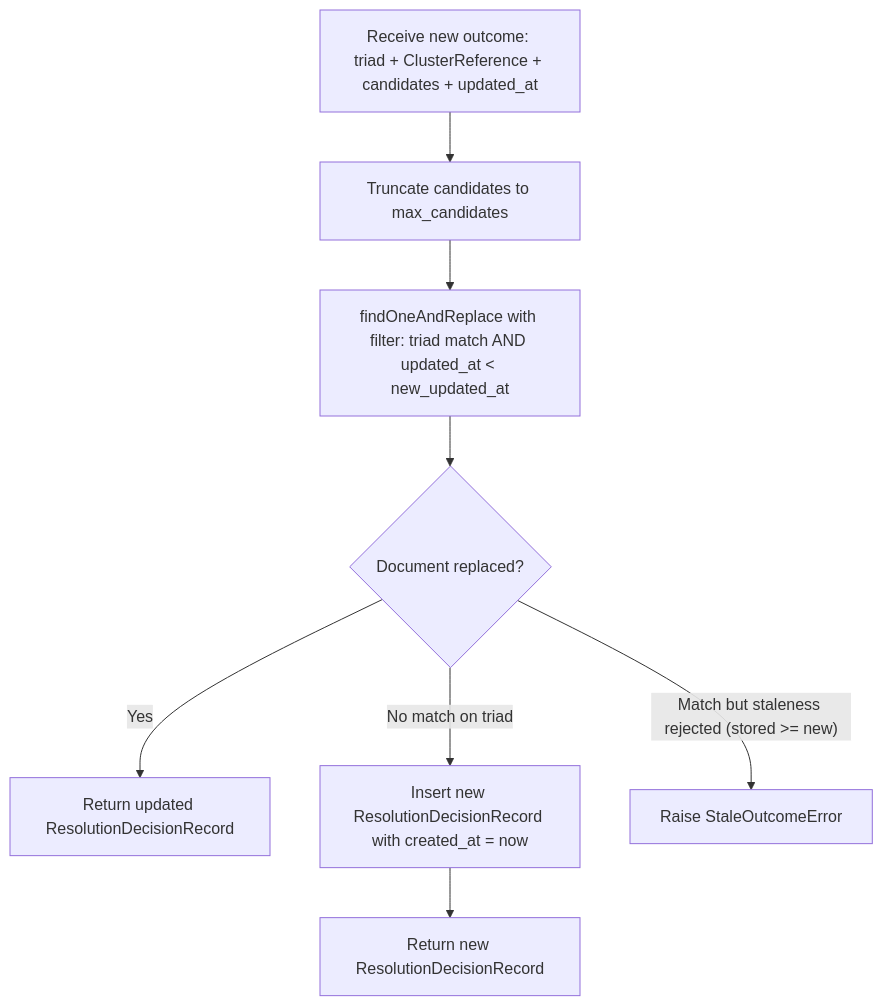
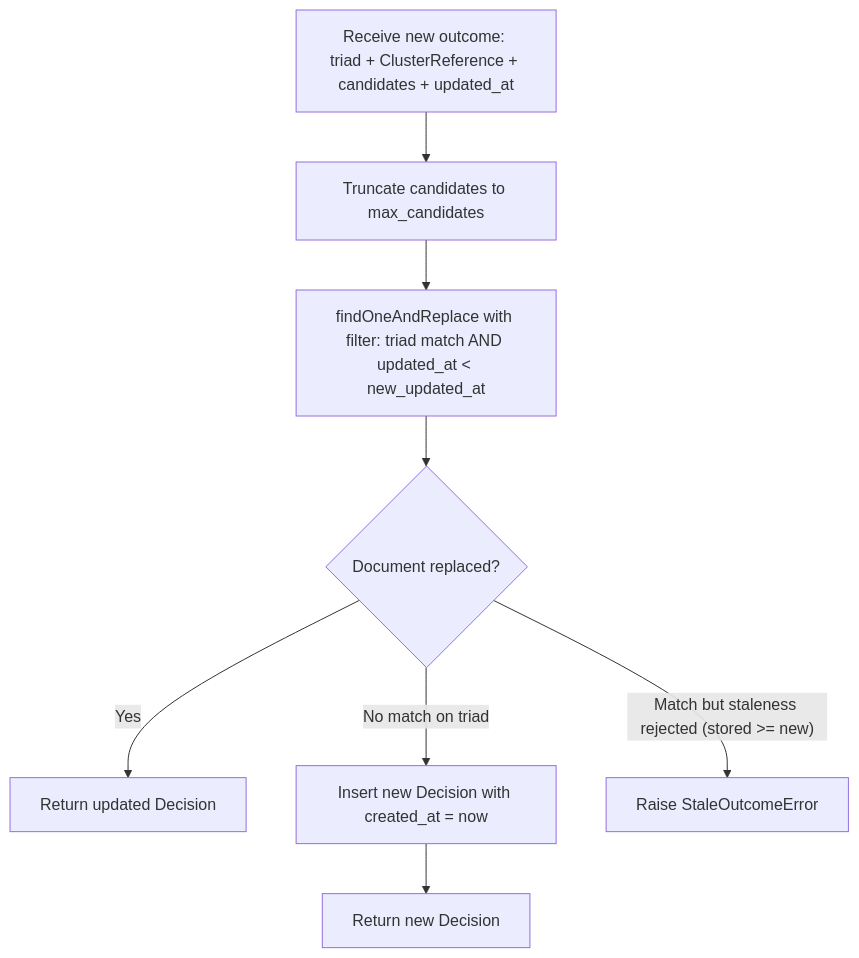
Before and after one commit to OP-TED/entity-resolution-service: the diagram in .claude/memory/epics/ers-epic-04-resolution-decision-store/EPIC.md, drawn with Mermaid. The commit also changed other lines of this file, not shown here.

First line of the commit message:
docs: update EPIC-04 spec with erspec.Decision pivot and commons cursor refactor

````diff
--- a/.claude/memory/epics/ers-epic-04-resolution-decision-store/EPIC.md
+++ b/.claude/memory/epics/ers-epic-04-resolution-decision-store/EPIC.md
@@ -144,10 +126,10 @@
 ```mermaid
 flowchart TD
     A[Receive new outcome: triad + ClusterReference + candidates + updated_at] --> B[Truncate candidates to max_candidates]
     B --> C["findOneAndReplace with filter: triad match AND updated_at < new_updated_at"]
     C --> D{Document replaced?}
-    D -- Yes --> E[Return updated ResolutionDecisionRecord]
-    D -- No match on triad --> F[Insert new ResolutionDecisionRecord with created_at = now]
-    F --> G[Return new ResolutionDecisionRecord]
+    D -- Yes --> E[Return updated Decision]
+    D -- No match on triad --> F[Insert new Decision with created_at = now]
+    F --> G[Return new Decision]
     D -- "Match but staleness rejected (stored >= new)" --> H[Raise StaleOutcomeError]
 ```
````
